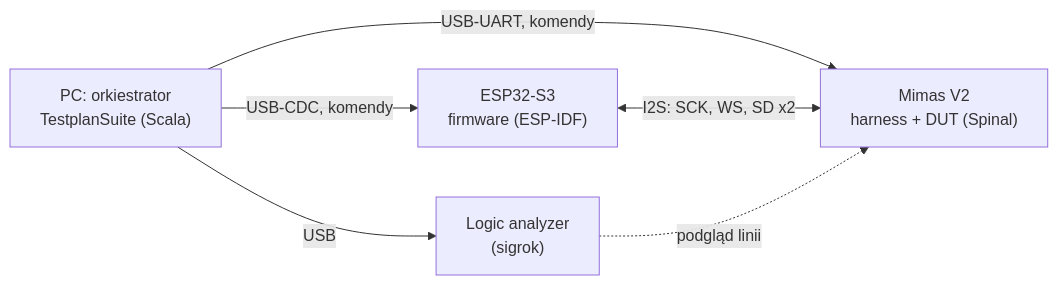
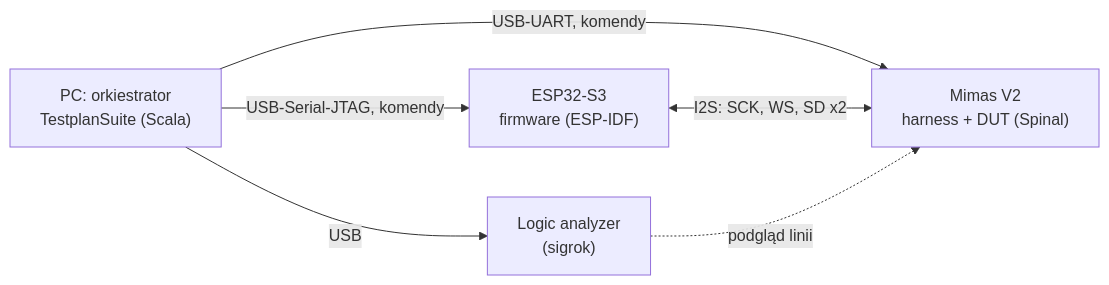
The diagram in vertebra-hil/vertebra-hil.md (TomekBarabasz/NewHope), drawn with Mermaid before and after one commit. The commit also changed other lines of this file and 4 other files, not shown here.

````diff
--- a/vertebra-hil/vertebra-hil.md
+++ b/vertebra-hil/vertebra-hil.md
@@ -55,12 +55,12 @@
 ```mermaid
 flowchart LR
   PC["PC: orkiestrator<br/>TestplanSuite (Scala)"]
   ESP["ESP32-S3<br/>firmware (ESP-IDF)"]
   FPGA["Mimas V2<br/>harness + DUT (Spinal)"]
   LA["Logic analyzer<br/>(sigrok)"]
-  PC -- "USB-CDC, komendy" --> ESP
+  PC -- "USB-Serial-JTAG, komendy" --> ESP
   PC -- "USB-UART, komendy" --> FPGA
   ESP <-- "I2S: SCK, WS, SD x2" --> FPGA
   LA -. "podgląd linii" .-> FPGA
   PC -- "USB" --> LA
 ```
````
